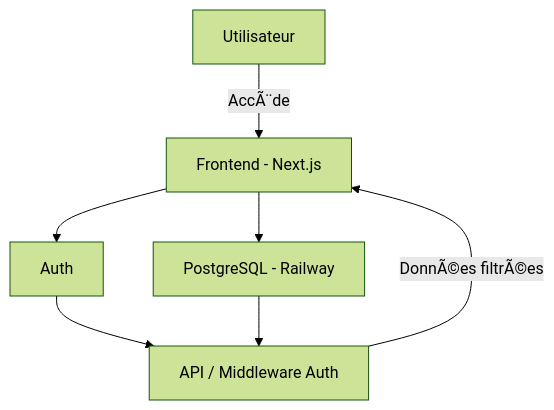
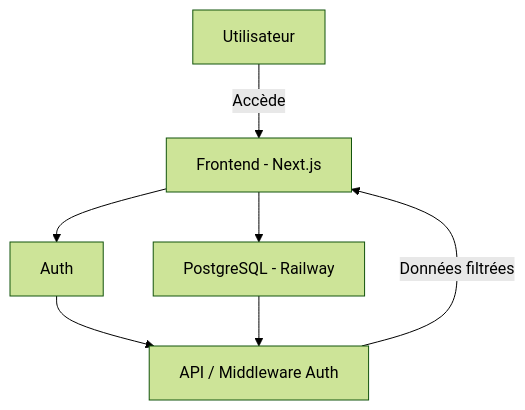
The diagram in README.md (elielMengue/manda), drawn with Mermaid (forest theme) before and after one commit. The commit also changed other lines of this file and 72 other files, not shown here.

````diff
--- a/README.md
+++ b/README.md
@@ -71,9 +72,9 @@
 ```mermaid
 flowchart TD
-    A[Utilisateur] -->|AccÃ¨de| B[Frontend - Next.js]
+    A[Utilisateur] -->|Accède| B[Frontend - Next.js]
     B --> C[Auth]
     B --> D[PostgreSQL - Railway]
     C --> E[API / Middleware Auth]
     D --> E
-    E -->|DonnÃ©es filtrÃ©es| B
+    E -->|Données filtrées| B
 ```
````
